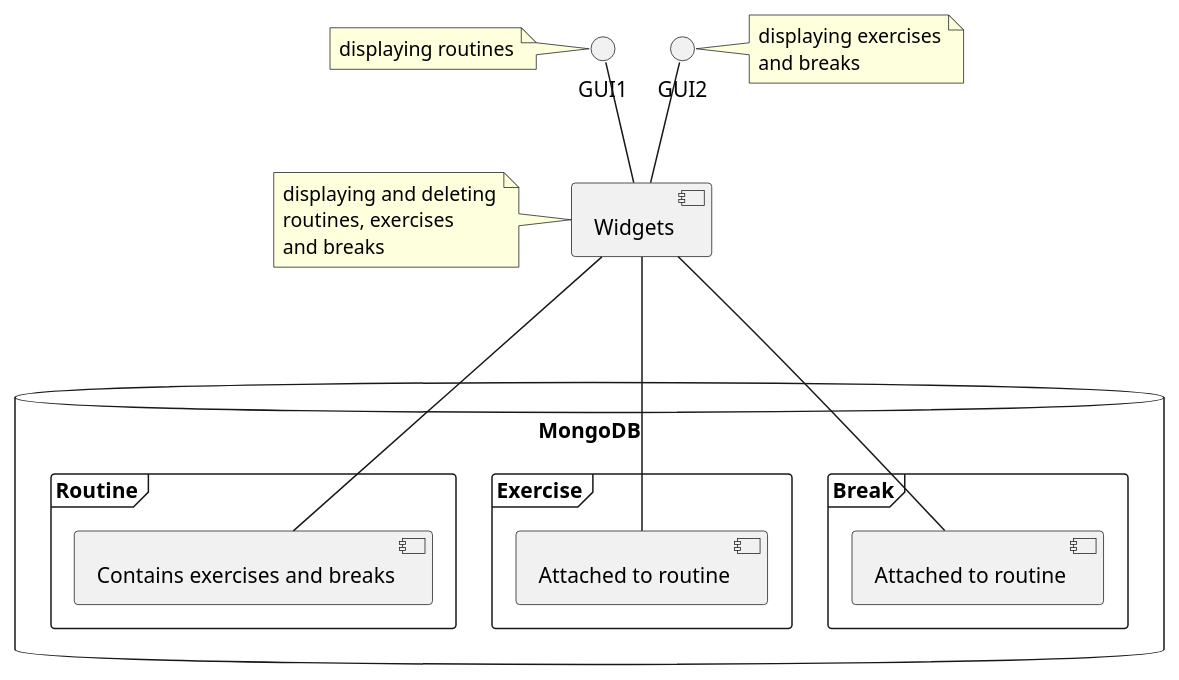
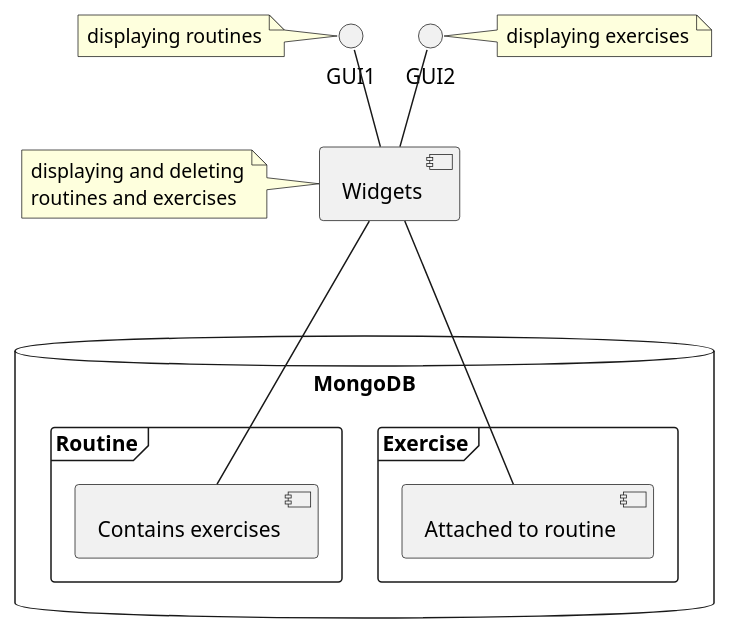
One commit to karolinaoparczyk/Python_GTK changed the diagram in doc/ds/component_diagram.puml. Above: the diagram before and after it, drawn with PlantUML. The commit also changed other lines of this file and 8 other files, not shown here.

```diff
--- a/doc/ds/component_diagram.puml
+++ b/doc/ds/component_diagram.puml
@@ -4,34 +4,28 @@
 @startuml
 () "GUI1" as Window1
 () "GUI2" as Window2
 
 Window1 -- [Widgets]
 Window2 -- [Widgets]
 
 note left of [Widgets]
 	displaying and deleting
-	routines, exercises
-	and breaks
+	routines and exercises
 end note
 note left of Window1 : displaying routines
 note right of Window2
 	displaying exercises
-	and breaks
 end note
 
 database "MongoDB"{
 	frame "Routine" {
-		[Contains exercises and breaks] as R
+		[Contains exercises] as R
 	}
 	frame "Exercise"{
 		[Attached to routine] as E
-	}
-	frame "Break"{
-		[Attached to routine] as B
 	}
 }
 
 [Widgets] --- R
 [Widgets] --- E
-[Widgets] --- B
 @enduml
```
